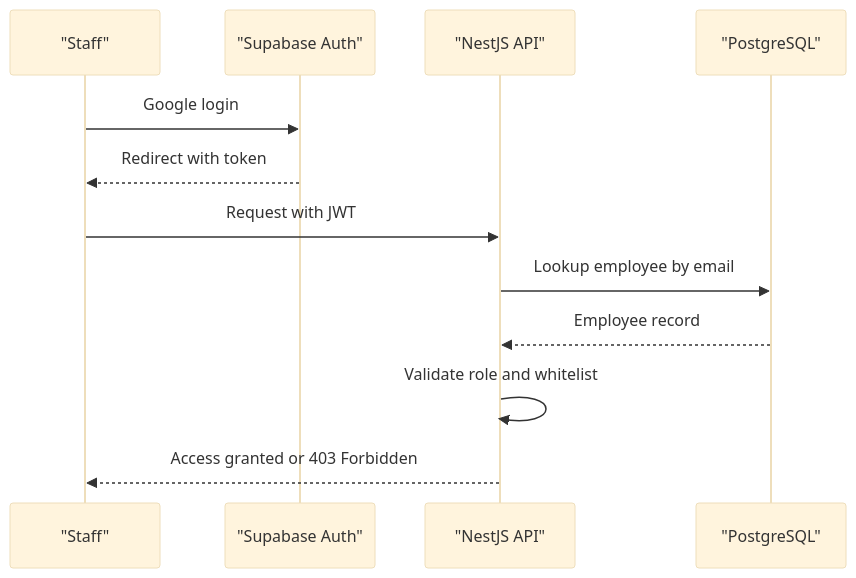
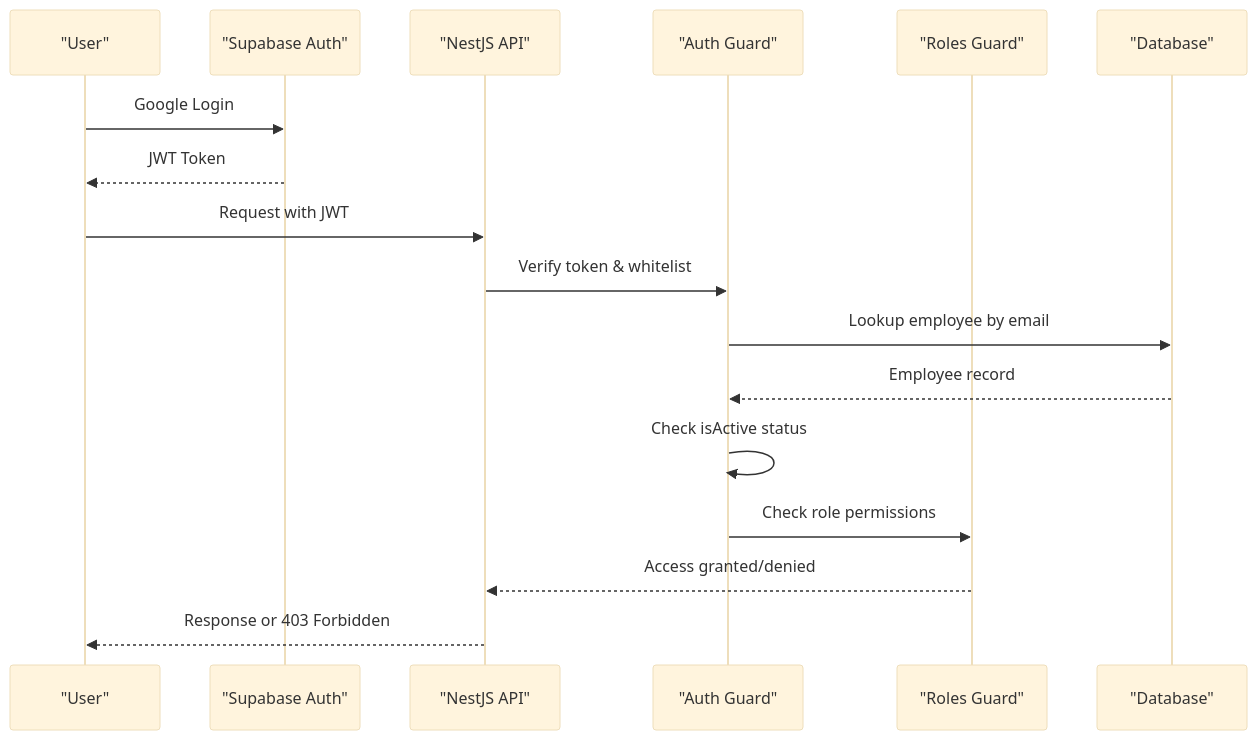
Before and after one commit to epo33m/scheduling: the ninth of 9 diagrams in .qoder/repowiki/en/content/Product Requirements Document/Functional Specifications/Employee Management Module (F2).md, drawn with Mermaid (base theme). The commit also changed other lines of this file and 2 other files, not shown here.

````diff
--- a/.qoder/repowiki/en/content/Product Requirements Document/Functional Specifications/Employee Management Module (F2).md
+++ b/.qoder/repowiki/en/content/Product Requirements Document/Functional Specifications/Employee Management Module (F2).md
@@ -300,14 +412,19 @@
 ```mermaid
 sequenceDiagram
-participant Staff as "Staff"
-participant Auth as "Supabase Auth"
+participant User as "User"
+participant Supabase as "Supabase Auth"
 participant API as "NestJS API"
-participant DB as "PostgreSQL"
-Staff->>Auth : Google login
-Auth-->>Staff : Redirect with token
-Staff->>API : Request with JWT
-API->>DB : Lookup employee by email
-DB-->>API : Employee record
-API->>API : Validate role and whitelist
-API-->>Staff : Access granted or 403 Forbidden
+participant Guard as "Auth Guard"
+participant Roles as "Roles Guard"
+participant DB as "Database"
+User->>Supabase : Google Login
+Supabase-->>User : JWT Token
+User->>API : Request with JWT
+API->>Guard : Verify token & whitelist
+Guard->>DB : Lookup employee by email
+DB-->>Guard : Employee record
+Guard->>Guard : Check isActive status
+Guard->>Roles : Check role permissions
+Roles-->>API : Access granted/denied
+API-->>User : Response or 403 Forbidden
 ```
````
